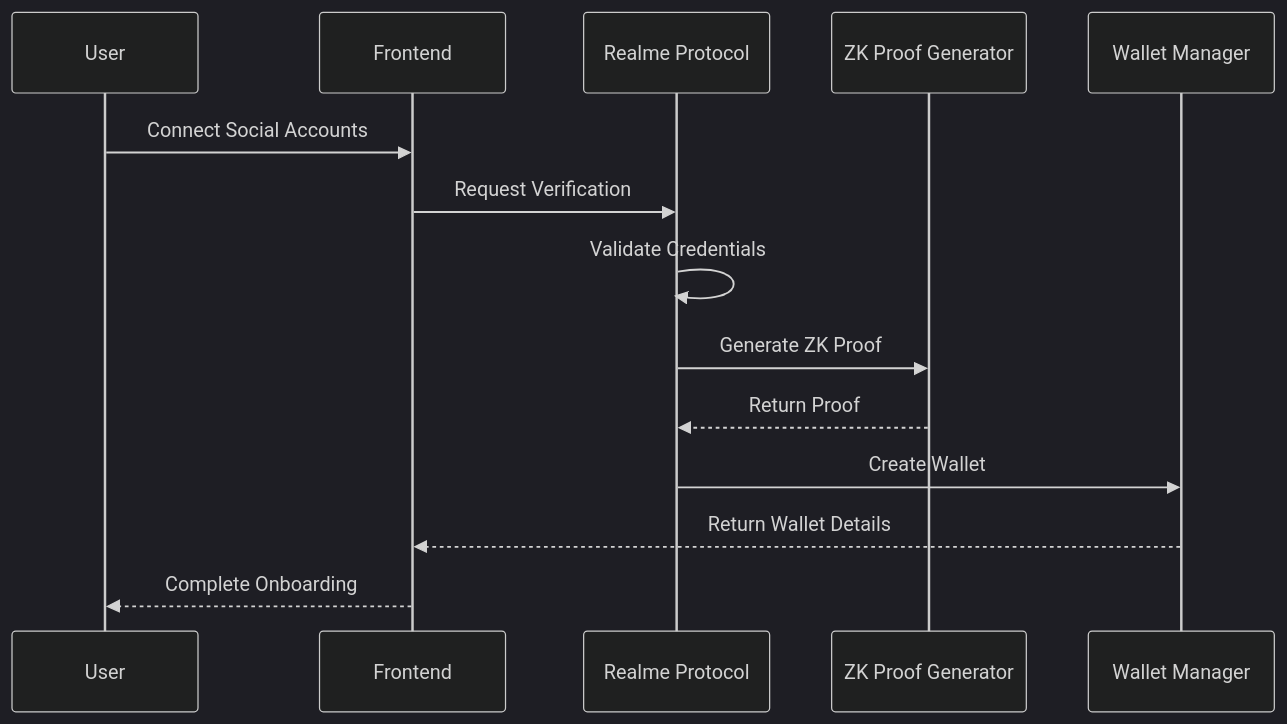
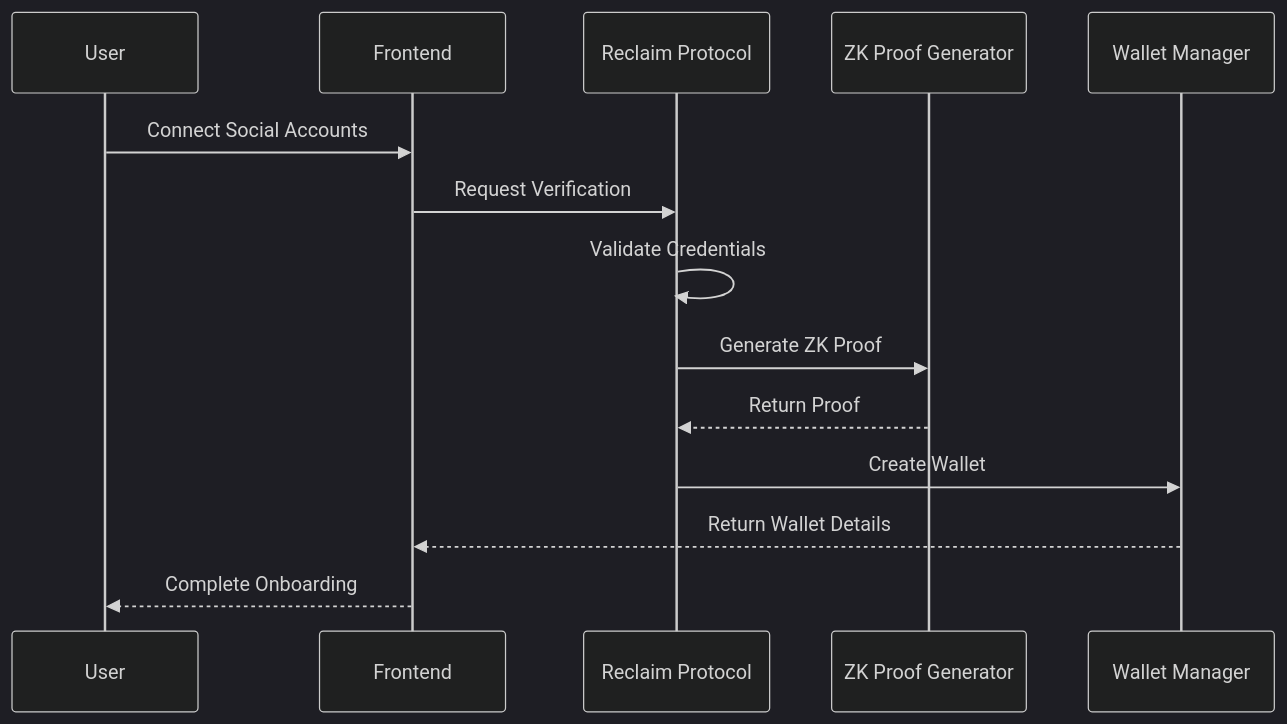
One commit to Gelois0/zksocials changed the fourth of 4 diagrams in README.md. Above: the diagram before and after it, drawn with Mermaid (dark theme). The commit also changed other lines of this file, not shown here.

````diff
--- a/README.md
+++ b/README.md
@@ -97,17 +97,17 @@
 ```mermaid
 sequenceDiagram
     participant U as User
     participant FE as Frontend
-    participant RP as Realme Protocol
+    participant RP as Reclaim Protocol
     participant ZK as ZK Proof Generator
     participant W as Wallet Manager
     
     U->>FE: Connect Social Accounts
     FE->>RP: Request Verification
     RP->>RP: Validate Credentials
     RP->>ZK: Generate ZK Proof
     ZK-->>RP: Return Proof
     RP->>W: Create Wallet
     W-->>FE: Return Wallet Details
     FE-->>U: Complete Onboarding
 ```
````
